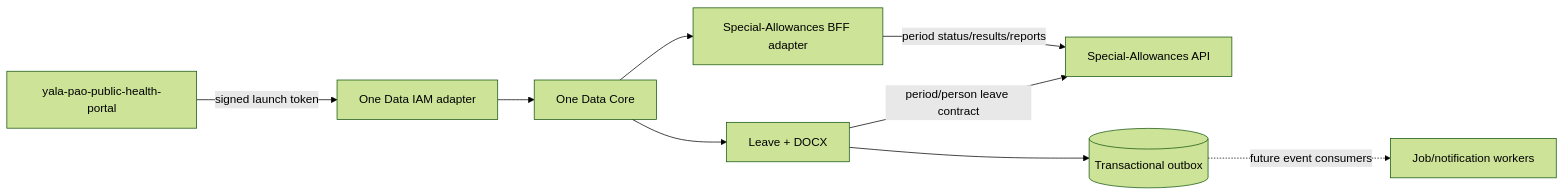
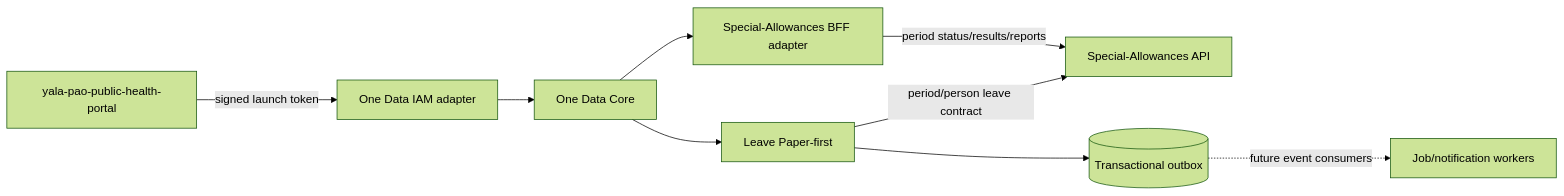
Before and after one commit to sarifmanung/One-Data-System-YalaPao: diagram 12 of 14 in One Data System - Reimplementation Blueprint.md, drawn with Mermaid (forest theme). The commit also changed other lines of this file and 4 other files, not shown here.

````diff
--- a/One Data System - Reimplementation Blueprint.md
+++ b/One Data System - Reimplementation Blueprint.md
@@ -1220,11 +1223,11 @@
 ```mermaid
 flowchart LR
     Portal[yala-pao-public-health-portal] -->|signed launch token| IAM[One Data IAM adapter]
     IAM --> Core[One Data Core]
-    Core --> Leave[Leave + DOCX]
+    Core --> Leave[Leave Paper-first]
     Leave -->|period/person leave contract| SpecialAPI[Special-Allowances API]
     Core --> Adapter[Special-Allowances BFF adapter]
     Adapter -->|period status/results/reports| SpecialAPI
     Leave --> Outbox[(Transactional outbox)]
     Outbox -. future event consumers .-> Jobs[Job/notification workers]
 ```
````
